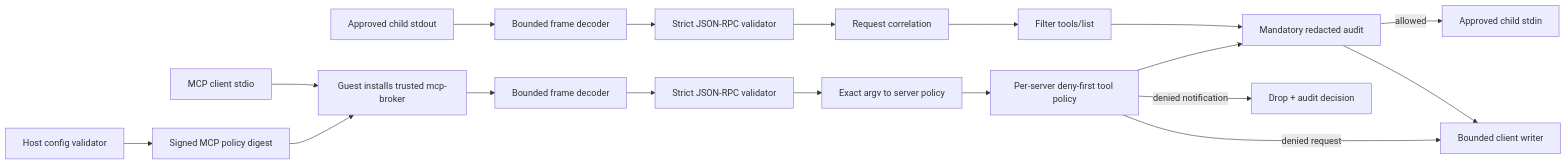
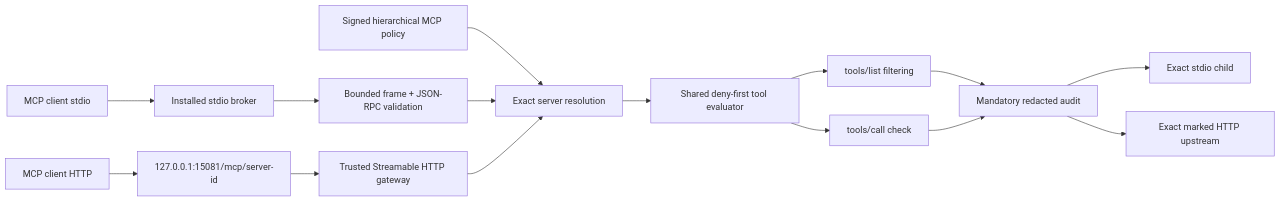
One commit to mbianchidev/sendbox changed the diagram in docs/architecture/mcp-broker.md. Above: the diagram before and after it, drawn with Mermaid. The commit also changed other lines of this file and 21 other files, not shown here.

First line of the commit message:
Harden trusted MCP gateway

````diff
--- a/docs/architecture/mcp-broker.md
+++ b/docs/architecture/mcp-broker.md
@@ -13,20 +23,19 @@
 ```mermaid
 flowchart LR
-    Host[Host config validator] --> Signed[Signed MCP policy digest]
-    Signed --> Guest[Guest installs trusted mcp-broker]
-    Client[MCP client stdio] --> Guest
-    Guest --> Decoder[Bounded frame decoder]
-    Decoder --> Validator[Strict JSON-RPC validator]
-    Validator --> Resolve[Exact argv to server policy]
-    Resolve --> Policy[Per-server deny-first tool policy]
-    Policy --> Audit[Mandatory redacted audit]
-    Audit -->|allowed| ChildIn[Approved child stdin]
-    Policy -->|denied request| ClientOut[Bounded client writer]
-    Policy -->|denied notification| Drop[Drop + audit decision]
-    ChildOut[Approved child stdout] --> ServerDecoder[Bounded frame decoder]
-    ServerDecoder --> ServerValidator[Strict JSON-RPC validator]
-    ServerValidator --> Correlate[Request correlation]
-    Correlate --> ListFilter[Filter tools/list]
-    ListFilter --> Audit
-    Audit --> ClientOut
+    Config[Signed hierarchical MCP policy] --> Resolve[Exact server resolution]
+    StdioClient[MCP client stdio] --> StdioBroker[Installed stdio broker]
+    StdioBroker --> Frame[Bounded frame + JSON-RPC validation]
+    Frame --> Resolve
+
+    HttpClient[MCP client HTTP] --> Route[127.0.0.1:15081/mcp/server-id]
+    Route --> Gateway[Trusted Streamable HTTP gateway]
+    Gateway --> Resolve
+
+    Resolve --> Tools[Shared deny-first tool evaluator]
+    Tools --> List[tools/list filtering]
+    Tools --> Call[tools/call check]
+    List --> Audit[Mandatory redacted audit]
+    Call --> Audit
+    Audit --> StdioUpstream[Exact stdio child]
+    Audit --> HttpUpstream[Exact marked HTTP upstream]
 ```
````
